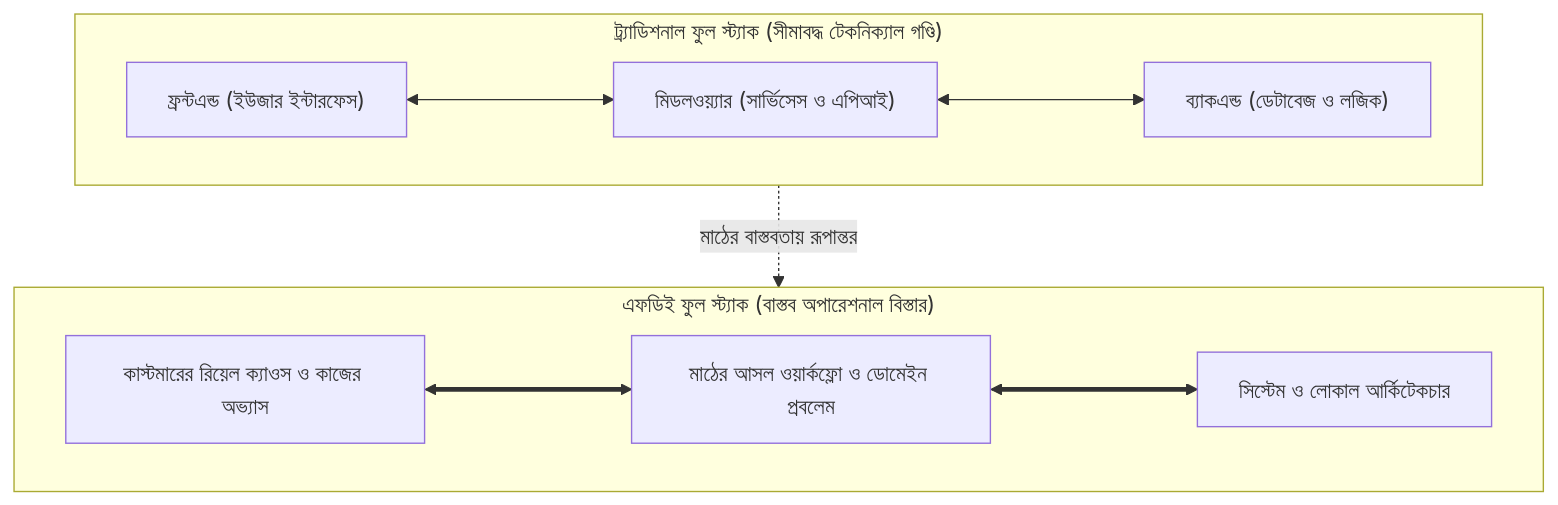
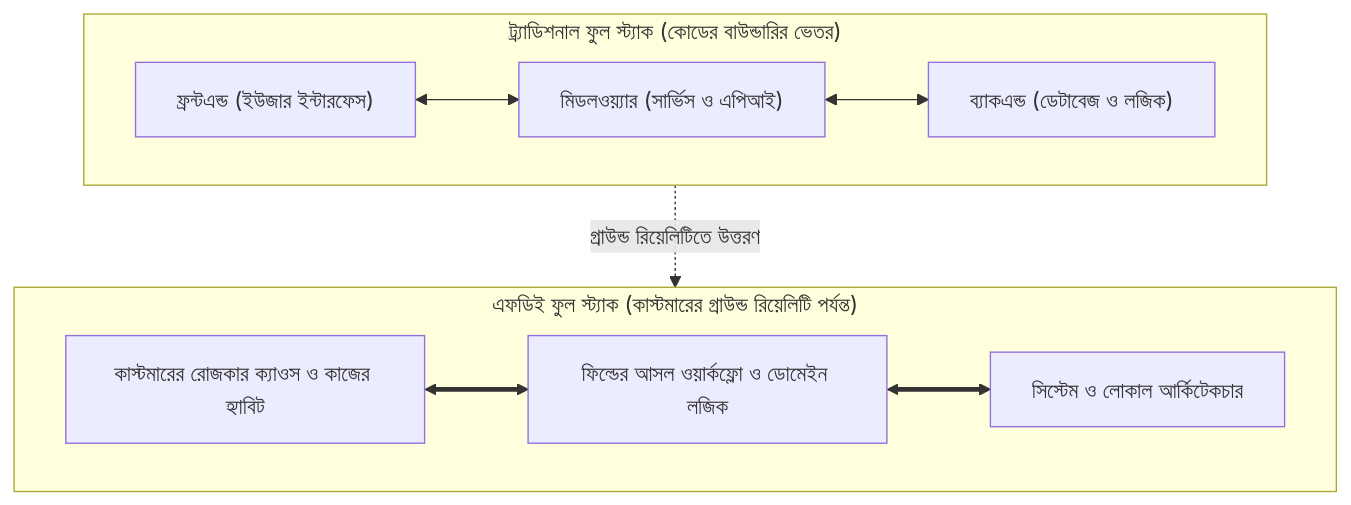
One commit to aiwithr/fde_book changed the diagram in docs/intro/index.md. Above: the diagram before and after it, drawn with Mermaid. The commit also changed other lines of this file and 9 other files, not shown here.

````diff
--- a/docs/intro/index.md
+++ b/docs/intro/index.md
@@ -50,14 +50,14 @@
 ```mermaid
 flowchart TD
-    subgraph Traditional["ট্র্যাডিশনাল ফুল স্ট্যাক (সীমাবদ্ধ টেকনিক্যাল গণ্ডি)"]
+    subgraph Traditional["ট্র্যাডিশনাল ফুল স্ট্যাক (কোডের বাউন্ডারির ভেতর)"]
         direction LR
-        T1["ফ্রন্টএন্ড (ইউজার ইন্টারফেস)"] <---> T2["মিডলওয়্যার (সার্ভিসেস ও এপিআই)"] <---> T3["ব্যাকএন্ড (ডেটাবেজ ও লজিক)"]
+        T1["ফ্রন্টএন্ড (ইউজার ইন্টারফেস)"] <--> T2["মিডলওয়্যার (সার্ভিস ও এপিআই)"] <--> T3["ব্যাকএন্ড (ডেটাবেজ ও লজিক)"]
     end
 
-    subgraph FDE["এফডিই ফুল স্ট্যাক (বাস্তব অপারেশনাল বিস্তার)"]
+    subgraph FDE["এফডিই ফুল স্ট্যাক (কাস্টমারের গ্রাউন্ড রিয়েলিটি পর্যন্ত)"]
         direction LR
-        F1["কাস্টমারের রিয়েল ক্যাওস ও কাজের অভ্যাস"] <===> F2["মাঠের আসল ওয়ার্কফ্লো ও ডোমেইন প্রবলেম"] <===> F3["সিস্টেম ও লোকাল আর্কিটেকচার"]
+        F1["কাস্টমারের রোজকার ক্যাওস ও কাজের হ্যাবিট"] <==> F2["ফিল্ডের আসল ওয়ার্কফ্লো ও ডোমেইন লজিক"] <==> F3["সিস্টেম ও লোকাল আর্কিটেকচার"]
     end
 
-    Traditional -.->|"মাঠের বাস্তবতায় রূপান্তর"| FDE
+    Traditional -.->|"গ্রাউন্ড রিয়েলিটিতে উত্তরণ"| FDE
 ```
````
